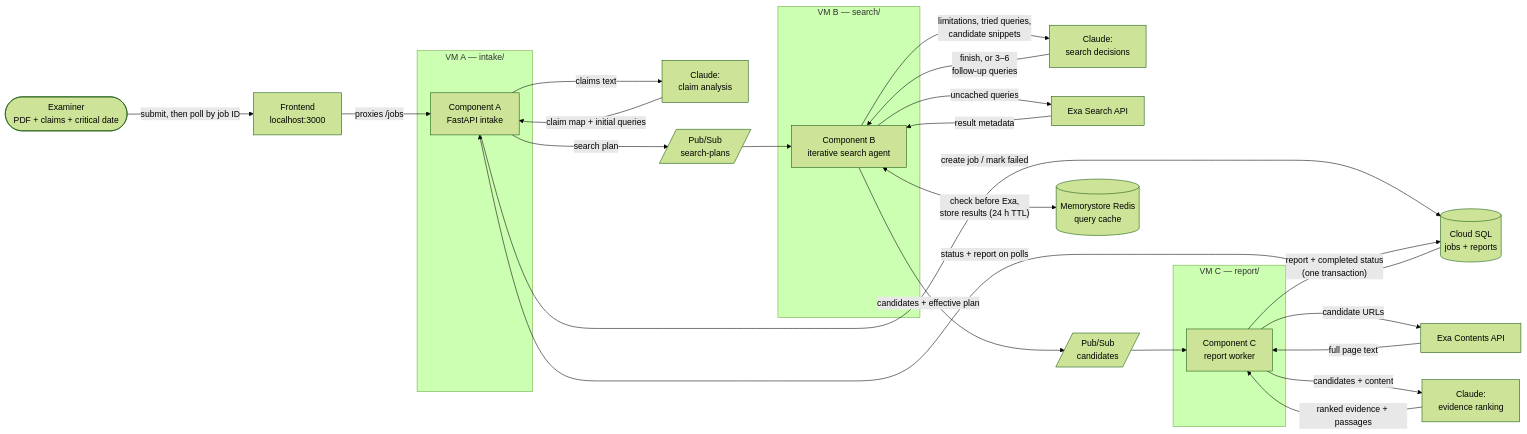
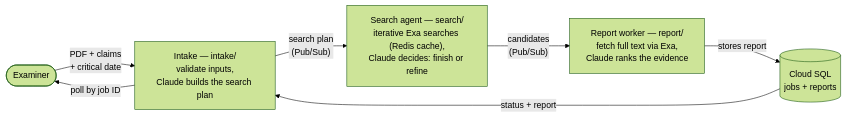
The first of 2 diagrams in README.md (Jransom33/Agentic_Patent_Search), drawn with Mermaid (forest theme) before and after one commit. The commit also changed other lines of this file, not shown here.

Commit message:
simplified the diagram in readme

````diff
--- a/README.md
+++ b/README.md
@@ -28,46 +28,14 @@
 ```mermaid
 flowchart LR
-    User([Examiner<br/>PDF + claims + critical date])
-    FE["Frontend<br/>localhost:3000"]
+    U([Examiner]) -->|"PDF + claims<br/>+ critical date"| A
+    A["Intake — intake/<br/>validate inputs,<br/>Claude builds the search plan"]
+    B["Search agent — search/<br/>iterative Exa searches (Redis cache),<br/>Claude decides: finish or refine"]
+    C["Report worker — report/<br/>fetch full text via Exa,<br/>Claude ranks the evidence"]
+    DB[("Cloud SQL<br/>jobs + reports")]
 
-    subgraph VMA ["VM A — intake/"]
-        A["Component A<br/>FastAPI intake"]
-    end
-    ClaudeA["Claude:<br/>claim analysis"]
-    subgraph VMB ["VM B — search/"]
-        B["Component B<br/>iterative search agent"]
-    end
-    ClaudeB["Claude:<br/>search decisions"]
-    ExaSearch["Exa Search API"]
-    subgraph VMC ["VM C — report/"]
-        C["Component C<br/>report worker"]
-    end
-    ClaudeC["Claude:<br/>evidence ranking"]
-    ExaContents["Exa Contents API"]
-
-    PS1[/"Pub/Sub<br/>search-plans"/]
-    PS2[/"Pub/Sub<br/>candidates"/]
-    Redis[("Memorystore Redis<br/>query cache")]
-    SQL[("Cloud SQL<br/>jobs + reports")]
-
-    User -->|"submit, then poll by job ID"| FE -->|"proxies /jobs"| A
-
-    A -->|"claims text"| ClaudeA
-    ClaudeA -->|"claim map + initial queries"| A
-    A -->|"create job / mark failed"| SQL
-    SQL -->|"status + report on polls"| A
-    A -->|"search plan"| PS1 --> B
-
-    B -->|"uncached queries"| ExaSearch
-    ExaSearch -->|"result metadata"| B
-    B <-->|"check before Exa,<br/>store results (24 h TTL)"| Redis
-    B -->|"limitations, tried queries,<br/>candidate snippets"| ClaudeB
-    ClaudeB -->|"finish, or 3–6<br/>follow-up queries"| B
-    B -->|"candidates + effective plan"| PS2 --> C
-
-    C -->|"candidate URLs"| ExaContents
-    ExaContents -->|"full page text"| C
-    C -->|"candidates + content"| ClaudeC
-    ClaudeC -->|"ranked evidence + passages"| C
-    C -->|"report + completed status<br/>(one transaction)"| SQL
+    A -->|"search plan<br/>(Pub/Sub)"| B
+    B -->|"candidates<br/>(Pub/Sub)"| C
+    C -->|"stores report"| DB
+    DB -->|"status + report"| A
+    A -->|"poll by job ID"| U
 ```
````
